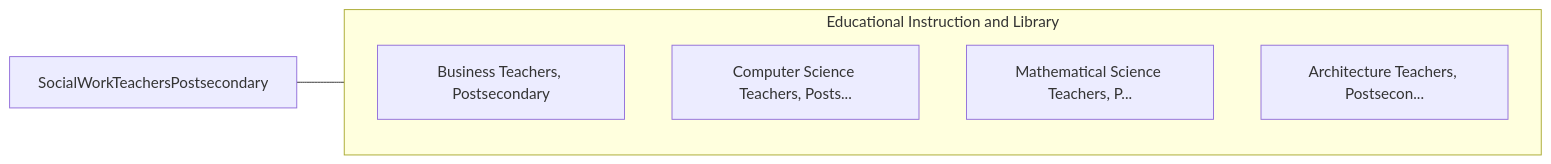
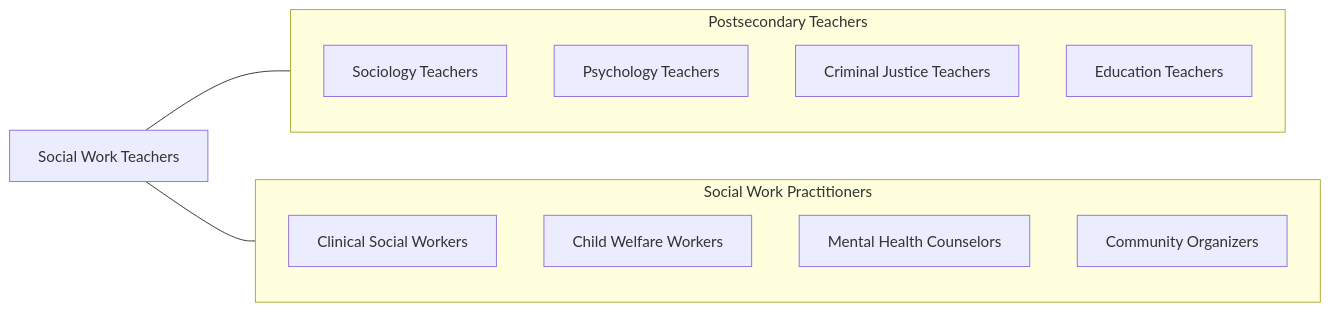
The fourth of 4 diagrams in occupations/Education/SocialWorkTeachersPostsecondary.mdx (kziemski/business.org.ai), drawn with Mermaid before and after one commit. The commit also changed other lines of this file and 938 other files, not shown here.

````diff
--- a/occupations/Education/SocialWorkTeachersPostsecondary.mdx
+++ b/occupations/Education/SocialWorkTeachersPostsecondary.mdx
@@ -94,13 +170,21 @@
 ```mermaid
 graph LR
-    Current["SocialWorkTeachersPostsecondary"]
+    Current["Social Work Teachers"]
 
-    subgraph SameCategory["Educational Instruction and Library"]
-        BusinessTeachersPost["Business Teachers, Postsecondary"]
-        ComputerScienceTeach["Computer Science Teachers, Posts..."]
-        MathematicalScienceT["Mathematical Science Teachers, P..."]
-        ArchitectureTeachers["Architecture Teachers, Postsecon..."]
+    subgraph SameCategory["Postsecondary Teachers"]
+        Sociology["Sociology Teachers"]
+        Psychology["Psychology Teachers"]
+        CrimJustice["Criminal Justice Teachers"]
+        Education["Education Teachers"]
+    end
+
+    subgraph CrossFunctional["Social Work Practitioners"]
+        ClinSW["Clinical Social Workers"]
+        ChildWelfare["Child Welfare Workers"]
+        MHCounselors["Mental Health Counselors"]
+        CommOrg["Community Organizers"]
     end
 
     Current --- SameCategory
+    Current --- CrossFunctional
 ```
````
